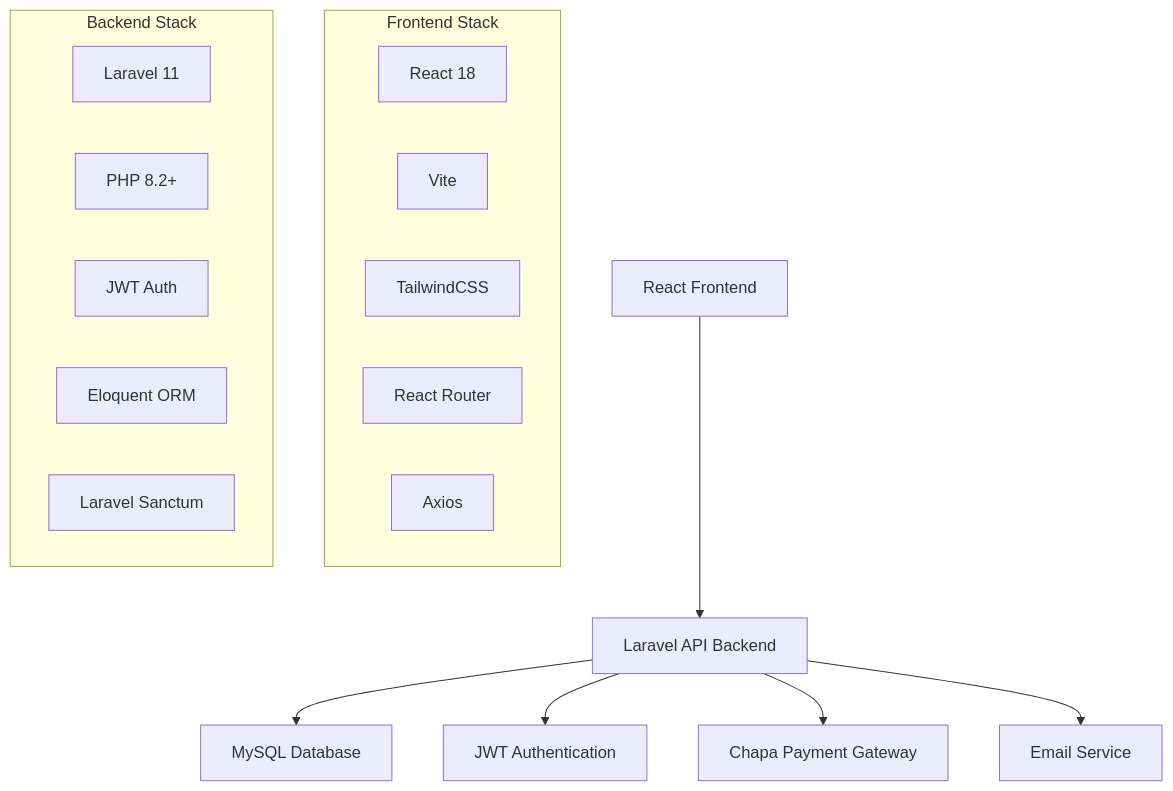
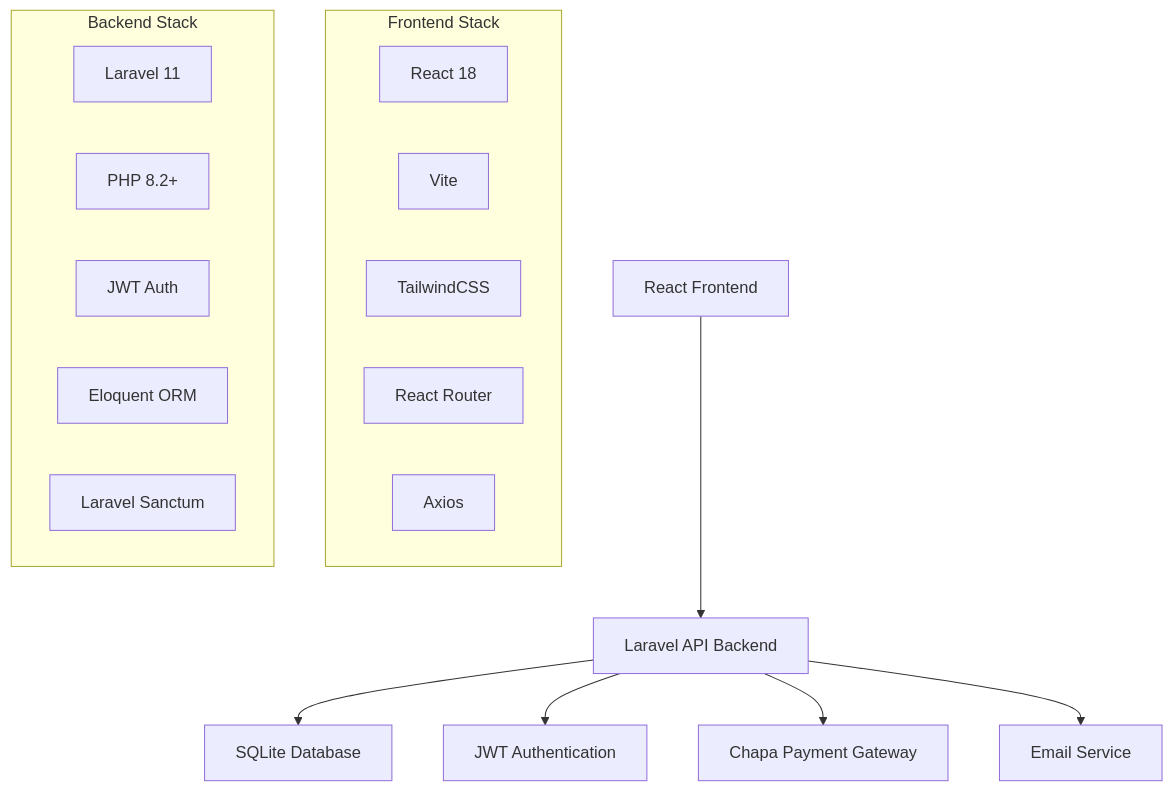
Before and after one commit to Kidusdybala/Parking-System: the diagram in README.md, drawn with Mermaid.

````diff
--- a/README.md
+++ b/README.md
@@ -53,24 +53,24 @@
 ```mermaid
 graph TB
     A[React Frontend] --> B[Laravel API Backend]
-    B --> C[MySQL Database]
+    B --> C[SQLite Database]
     B --> D[JWT Authentication]
     B --> E[Chapa Payment Gateway]
     B --> F[Email Service]
 
     subgraph "Frontend Stack"
         A1[React 18]
         A2[Vite]
         A3[TailwindCSS]
         A4[React Router]
         A5[Axios]
     end
 
     subgraph "Backend Stack"
         B1[Laravel 11]
         B2[PHP 8.2+]
         B3[JWT Auth]
         B4[Eloquent ORM]
         B5[Laravel Sanctum]
     end
 ```
````
